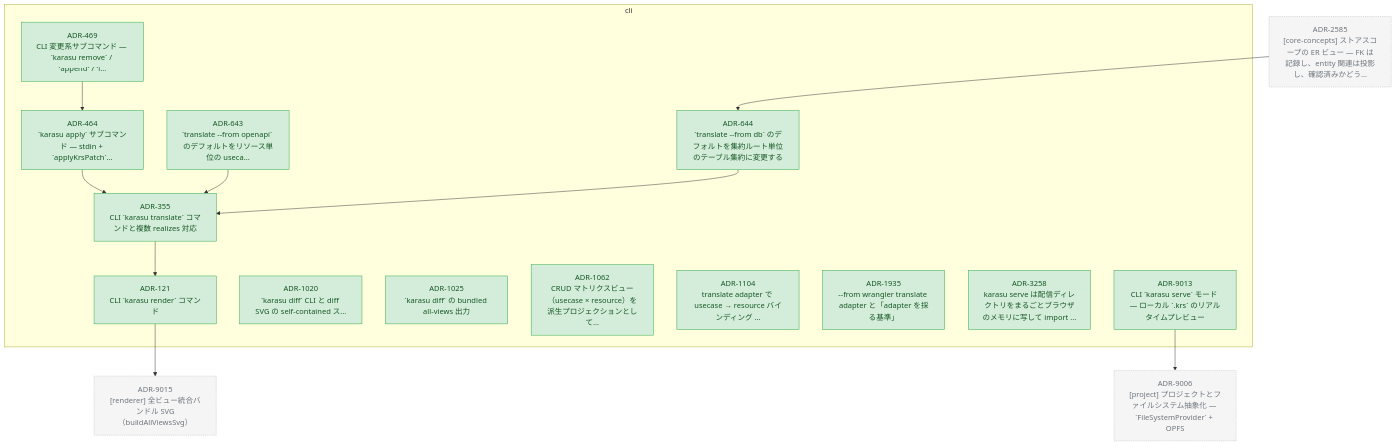
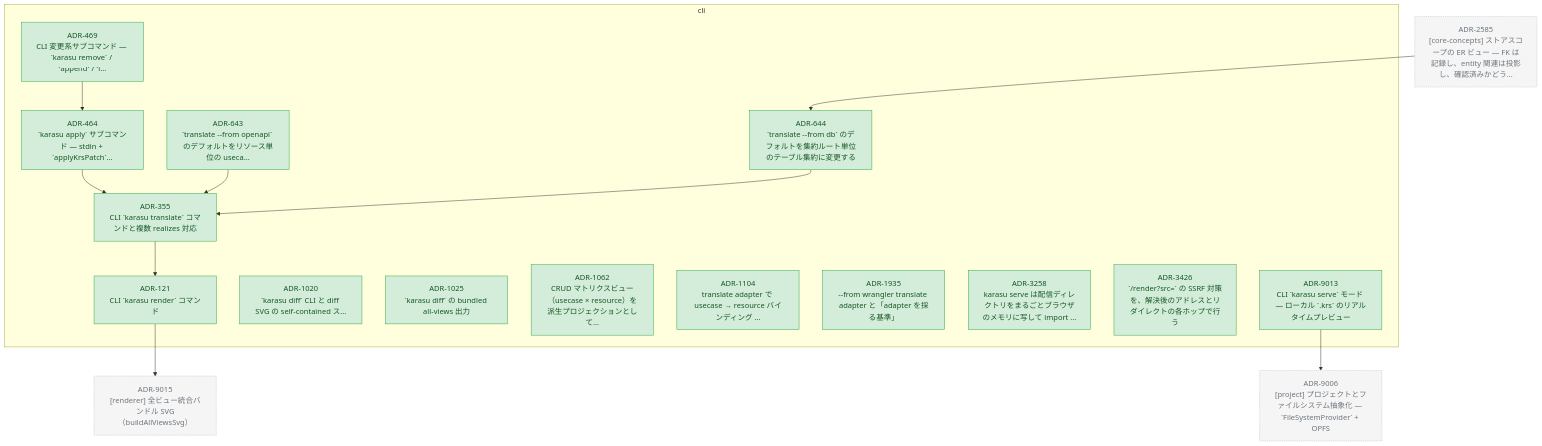
The diagram in docs/adr/graph/cli.md (kompiro/karasu), drawn with Mermaid before and after one commit. The commit also changed 5 other files, not shown here.

````diff
--- a/docs/adr/graph/cli.md
+++ b/docs/adr/graph/cli.md
@@ -6,52 +6,54 @@
 ```mermaid
 flowchart TD
   subgraph cli["cli"]
     ADR_121["ADR-121<br/>CLI `karasu render` コマンド"]
     ADR_355["ADR-355<br/>CLI `karasu translate` コマンドと複数 realizes 対応"]
     ADR_464["ADR-464<br/>`karasu apply` サブコマンド — stdin + `applyKrsPatch`..."]
     ADR_469["ADR-469<br/>CLI 変更系サブコマンド — `karasu remove` / `append` / `i..."]
     ADR_643["ADR-643<br/>`translate --from openapi` のデフォルトをリソース単位の useca..."]
     ADR_644["ADR-644<br/>`translate --from db` のデフォルトを集約ルート単位のテーブル集約に変更する"]
     ADR_1020["ADR-1020<br/>`karasu diff` CLI と diff SVG の self-contained ス..."]
     ADR_1025["ADR-1025<br/>`karasu diff` の bundled all-views 出力"]
     ADR_1062["ADR-1062<br/>CRUD マトリクスビュー（usecase × resource）を派生プロジェクションとして..."]
     ADR_1104["ADR-1104<br/>translate adapter で usecase → resource バインディング ..."]
     ADR_1935["ADR-1935<br/>--from wrangler translate adapter と「adapter を採る基準」"]
     ADR_3258["ADR-3258<br/>karasu serve は配信ディレクトリをまるごとブラウザのメモリに写して import ..."]
+    ADR_3426["ADR-3426<br/>`/render?src=` の SSRF 対策を、解決後のアドレスとリダイレクトの各ホップで行う"]
     ADR_9013["ADR-9013<br/>CLI `karasu serve` モード — ローカル `.krs` のリアルタイムプレビュー"]
   end
   ADR_2585["ADR-2585<br/>[core-concepts] ストアスコープの ER ビュー — FK は記録し、entity 関連は投影し、確認済みかどう..."]
   ADR_9006["ADR-9006<br/>[project] プロジェクトとファイルシステム抽象化 — `FileSystemProvider` + OPFS"]
   ADR_9015["ADR-9015<br/>[renderer] 全ビュー統合バンドル SVG（buildAllViewsSvg）"]
   ADR_121 --> ADR_9015
   ADR_355 --> ADR_121
   ADR_464 --> ADR_355
   ADR_469 --> ADR_464
   ADR_643 --> ADR_355
   ADR_644 --> ADR_355
   ADR_9013 --> ADR_9006
   ADR_2585 --> ADR_644
 
   classDef accepted fill:#d4edda,stroke:#28a745,color:#155724
   classDef proposed fill:#fff3cd,stroke:#ffc107,color:#856404
   classDef deprecated fill:#f8d7da,stroke:#dc3545,color:#721c24
   classDef superseded fill:#e2e3e5,stroke:#6c757d,color:#383d41
   classDef not_adopted fill:#e2e3e5,stroke:#6c757d,color:#383d41,stroke-dasharray:3 3
   classDef ghost fill:#f5f5f5,stroke:#adb5bd,color:#6c757d,stroke-dasharray:2 2
   class ADR_121 accepted
   class ADR_355 accepted
   class ADR_464 accepted
   class ADR_469 accepted
   class ADR_643 accepted
   class ADR_644 accepted
   class ADR_1020 accepted
   class ADR_1025 accepted
   class ADR_1062 accepted
   class ADR_1104 accepted
   class ADR_1935 accepted
   class ADR_3258 accepted
+  class ADR_3426 accepted
   class ADR_9013 accepted
   class ADR_2585 ghost
   class ADR_9006 ghost
   class ADR_9015 ghost
 ```
````
